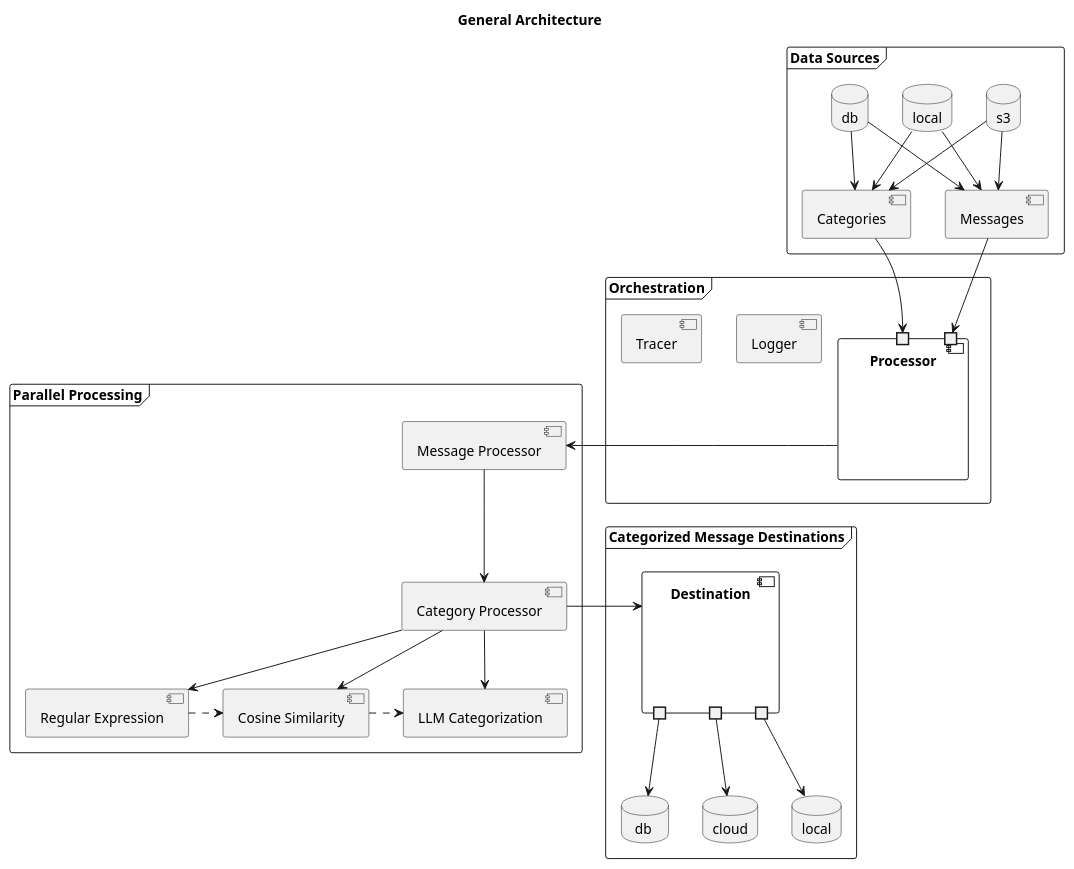
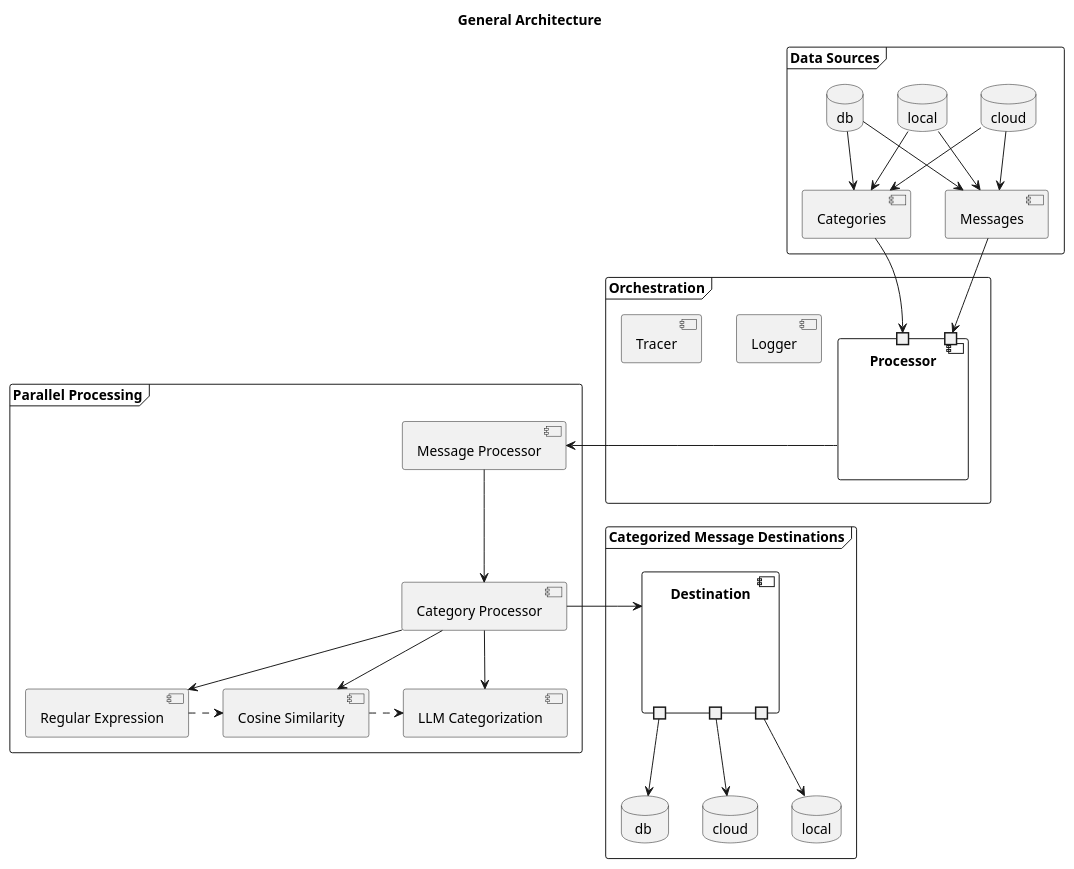
One commit to agramirez/deterministic-categorization changed the diagram in doc/diagrams/architecture.puml. Above: the diagram before and after it, drawn with PlantUML. The commit also changed 6 other files, not shown here.

```diff
--- a/doc/diagrams/architecture.puml
+++ b/doc/diagrams/architecture.puml
@@ -1,70 +1,70 @@
 @startuml "General Architecture"
 
 title "General Architecture"
 
 frame "Data Sources" as ds {
     database db
-    database s3
+    database cloud as s3
     database local
 
     [Categories]
     [Messages]
 
     db -down-> Messages
     db -down-> Categories
 
     s3 -down-> Messages
     s3 -down-> Categories
 
     local -down-> Messages
     local -down-> Categories
 }
 
 frame "Orchestration" as orc {
     [Logger]
     [Tracer]
     component Processor as Processor {
         port " " as cin
         port " " as min
     }
 }
 
 Messages --> cin
 Categories --> min
 
 frame "Parallel Processing" as pro {
     [Message Processor] as mp
     [Category Processor] as cp
 
     component "Regular Expression" as regex
     component "Cosine Similarity" as cosine
     component "LLM Categorization" as llm
 
     cp -down-> regex
     cp -down-> cosine
     cp -down-> llm
 
     regex ..right..> cosine
     cosine ..right..> llm
 }
 
 frame "Categorized Message Destinations" as dd {
     component Destination as dest {
         portout " " as pdbd
         portout " " as ps3d
         portout " " as plocald
     }
     database " db  " as dbd
     database "cloud" as s3d
     database "local" as locald
 
     pdbd -down-> dbd
     ps3d -down-> s3d
     plocald -down-> locald
 }
 
 [Processor] -> mp
 mp --> cp
 cp -right-> dest
 
 @enduml
```
